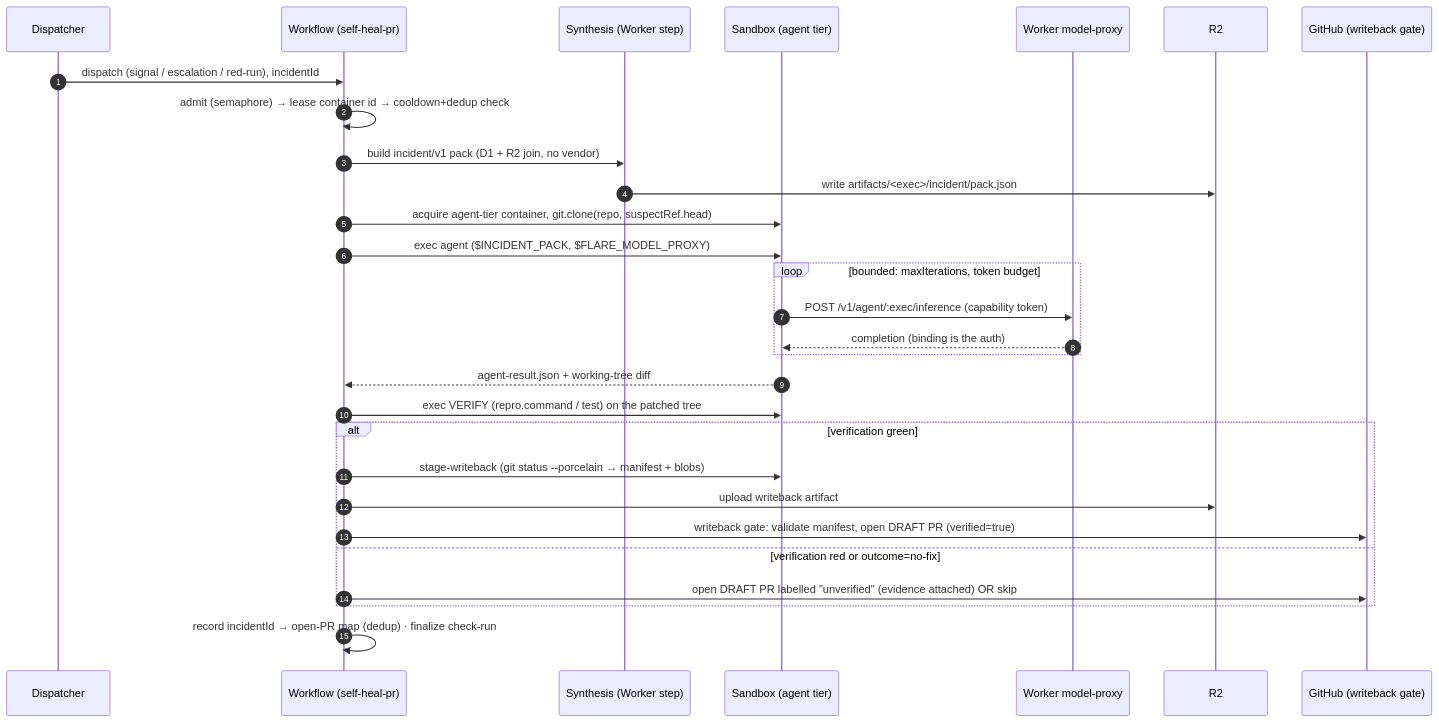
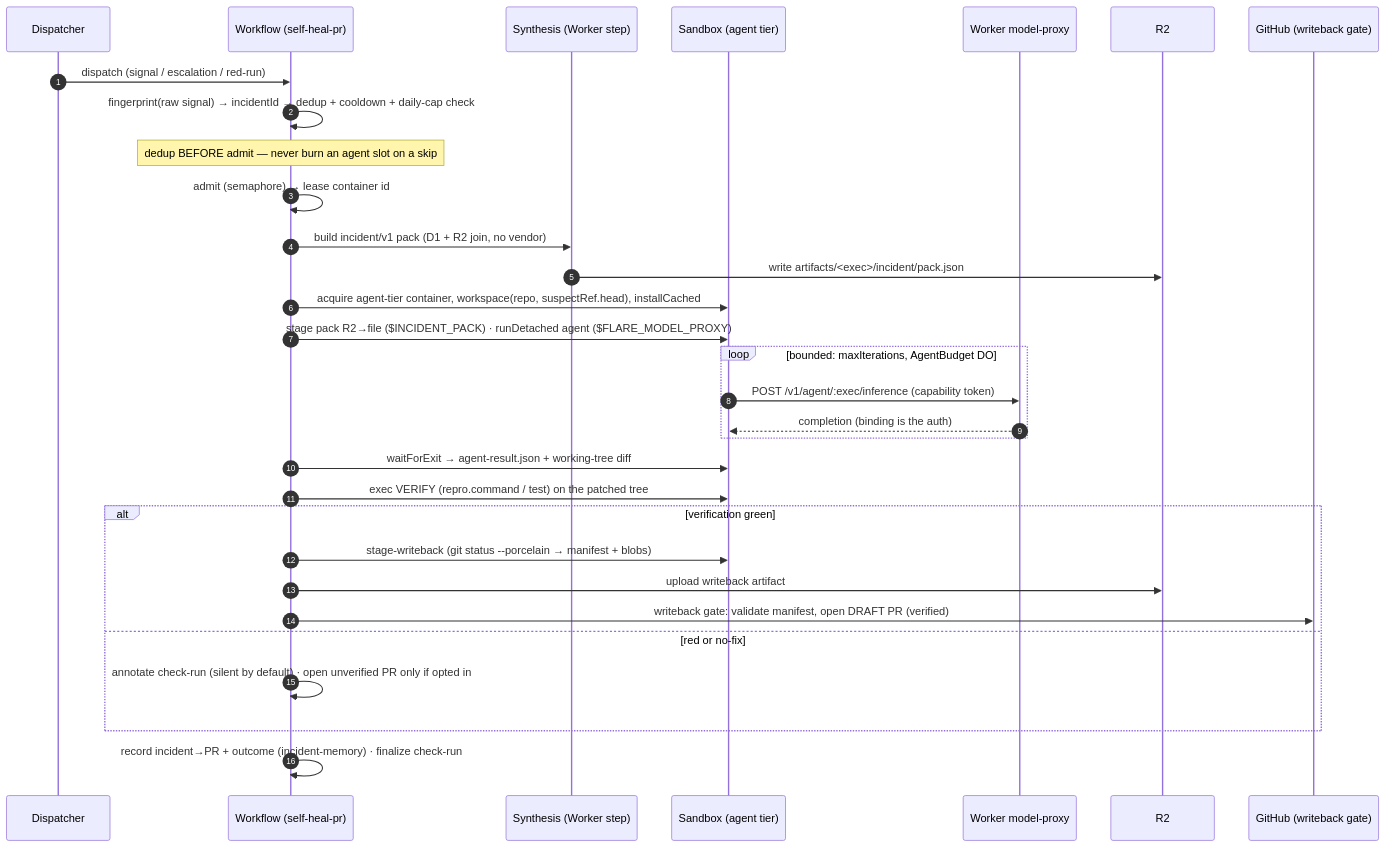
One commit to OpenHackersClub/flare-dispatch changed the fifth of 7 diagrams in specs/08-self-healing.md. Above: the diagram before and after it, drawn with Mermaid. The commit also changed other lines of this file, not shown here.

````diff
--- a/specs/08-self-healing.md
+++ b/specs/08-self-healing.md
@@ -484,32 +507,34 @@
 ```mermaid
 sequenceDiagram
   autonumber
   participant DSP as Dispatcher
   participant WF as Workflow (self-heal-pr)
   participant SY as Synthesis (Worker step)
   participant SB as Sandbox (agent tier)
   participant MP as Worker model-proxy
   participant R2 as R2
   participant GH as GitHub (writeback gate)
 
-  DSP->>WF: dispatch (signal / escalation / red-run), incidentId
-  WF->>WF: admit (semaphore) → lease container id → cooldown+dedup check
+  DSP->>WF: dispatch (signal / escalation / red-run)
+  WF->>WF: fingerprint(raw signal) → incidentId → dedup + cooldown + daily-cap check
+  Note over WF: dedup BEFORE admit — never burn an agent slot on a skip
+  WF->>WF: admit (semaphore) → lease container id
   WF->>SY: build incident/v1 pack (D1 + R2 join, no vendor)
   SY->>R2: write artifacts/<exec>/incident/pack.json
-  WF->>SB: acquire agent-tier container, git.clone(repo, suspectRef.head)
-  WF->>SB: exec agent ($INCIDENT_PACK, $FLARE_MODEL_PROXY)
-  loop bounded: maxIterations, token budget
+  WF->>SB: acquire agent-tier container, workspace(repo, suspectRef.head), installCached
+  WF->>SB: stage pack R2→file ($INCIDENT_PACK) · runDetached agent ($FLARE_MODEL_PROXY)
+  loop bounded: maxIterations, AgentBudget DO
     SB->>MP: POST /v1/agent/:exec/inference (capability token)
     MP-->>SB: completion (binding is the auth)
   end
-  SB-->>WF: agent-result.json + working-tree diff
+  WF->>SB: waitForExit → agent-result.json + working-tree diff
   WF->>SB: exec VERIFY (repro.command / test) on the patched tree
   alt verification green
     WF->>SB: stage-writeback (git status --porcelain → manifest + blobs)
     WF->>R2: upload writeback artifact
-    WF->>GH: writeback gate: validate manifest, open DRAFT PR (verified=true)
-  else verification red or outcome=no-fix
-    WF->>GH: open DRAFT PR labelled "unverified" (evidence attached) OR skip
+    WF->>GH: writeback gate: validate manifest, open DRAFT PR (verified)
+  else red or no-fix
+    WF->>WF: annotate check-run (silent by default) · open unverified PR only if opted in
   end
-  WF->>WF: record incidentId → open-PR map (dedup) · finalize check-run
+  WF->>WF: record incident→PR + outcome (incident-memory) · finalize check-run
 ```
````
